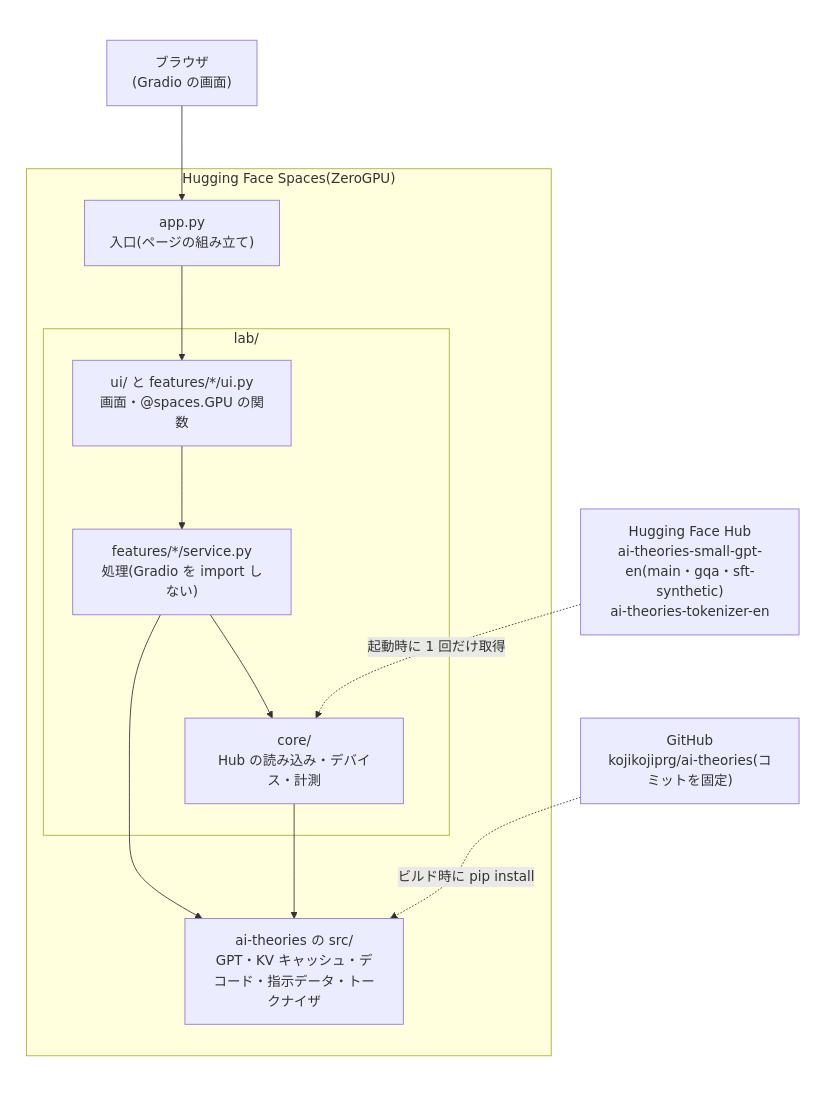
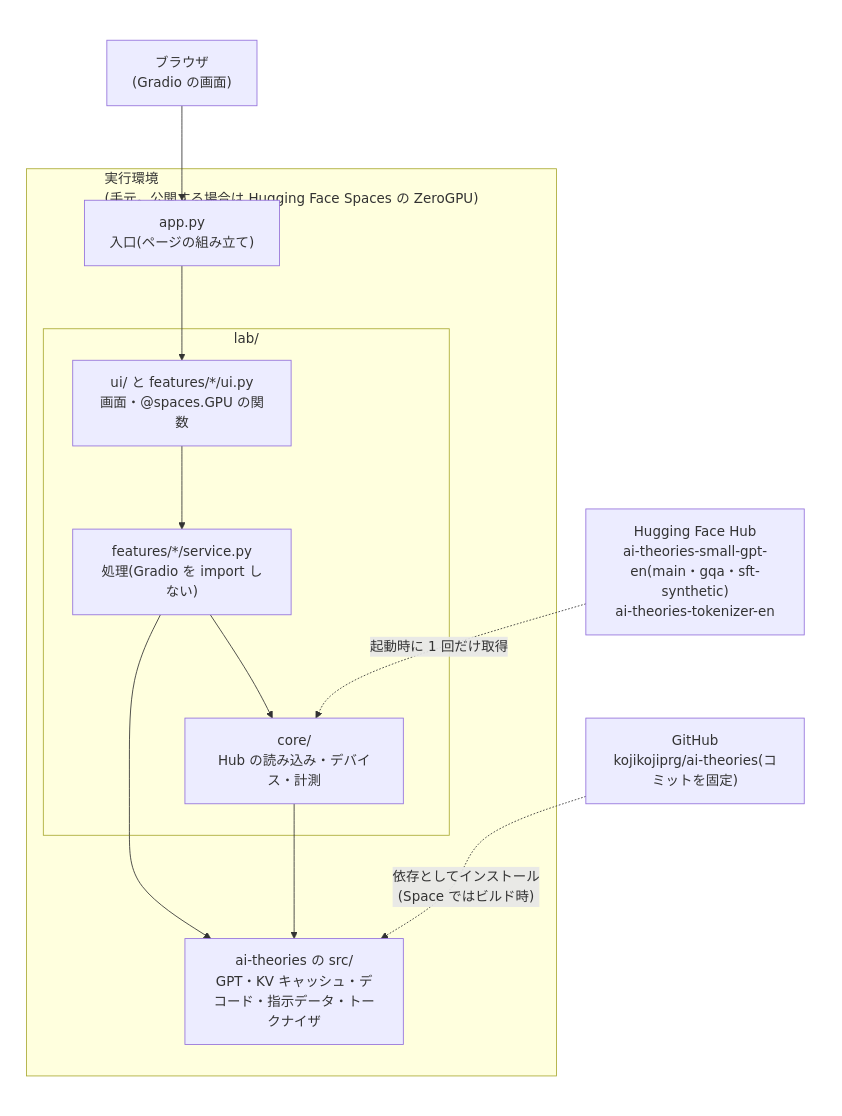
One commit to kojikojiprg/ai-theories changed the diagram in apps/ai_theories_lab/README.md. Above: the diagram before and after it, drawn with Mermaid. The commit also changed other lines of this file and 2 other files, not shown here.

````diff
--- a/apps/ai_theories_lab/README.md
+++ b/apps/ai_theories_lab/README.md
@@ -50,27 +50,27 @@
 ```mermaid
 %%{init: {"theme": "default"}}%%
 flowchart LR
   subgraph ALL[" "]
     USER["ブラウザ<br/>(Gradio の画面)"]
-    subgraph SPACE["Hugging Face Spaces(ZeroGPU)"]
+    subgraph SPACE["実行環境<br/>(手元。公開する場合は Hugging Face Spaces の ZeroGPU)"]
       APP["app.py<br/>入口(ページの組み立て)"]
       subgraph LAB["lab/"]
         UI["ui/ と features/*/ui.py<br/>画面・@spaces.GPU の関数"]
         SVC["features/*/service.py<br/>処理(Gradio を import しない)"]
         CORE["core/<br/>Hub の読み込み・デバイス・計測"]
       end
       SRC["ai-theories の src/<br/>GPT・KV キャッシュ・デコード・指示データ・トークナイザ"]
     end
     HUB["Hugging Face Hub<br/>ai-theories-small-gpt-en(main・gqa・sft-synthetic)<br/>ai-theories-tokenizer-en"]
     GH["GitHub<br/>kojikojiprg/ai-theories(コミットを固定)"]
     USER --> APP
     APP --> UI
     UI --> SVC
     SVC --> CORE
     SVC --> SRC
     CORE --> SRC
     HUB -. "起動時に 1 回だけ取得" .-> CORE
-    GH -. "ビルド時に pip install" .-> SRC
+    GH -. "依存としてインストール<br/>(Space ではビルド時)" .-> SRC
   end
   style ALL fill:#ffffff,stroke:#ffffff
 ```
````
